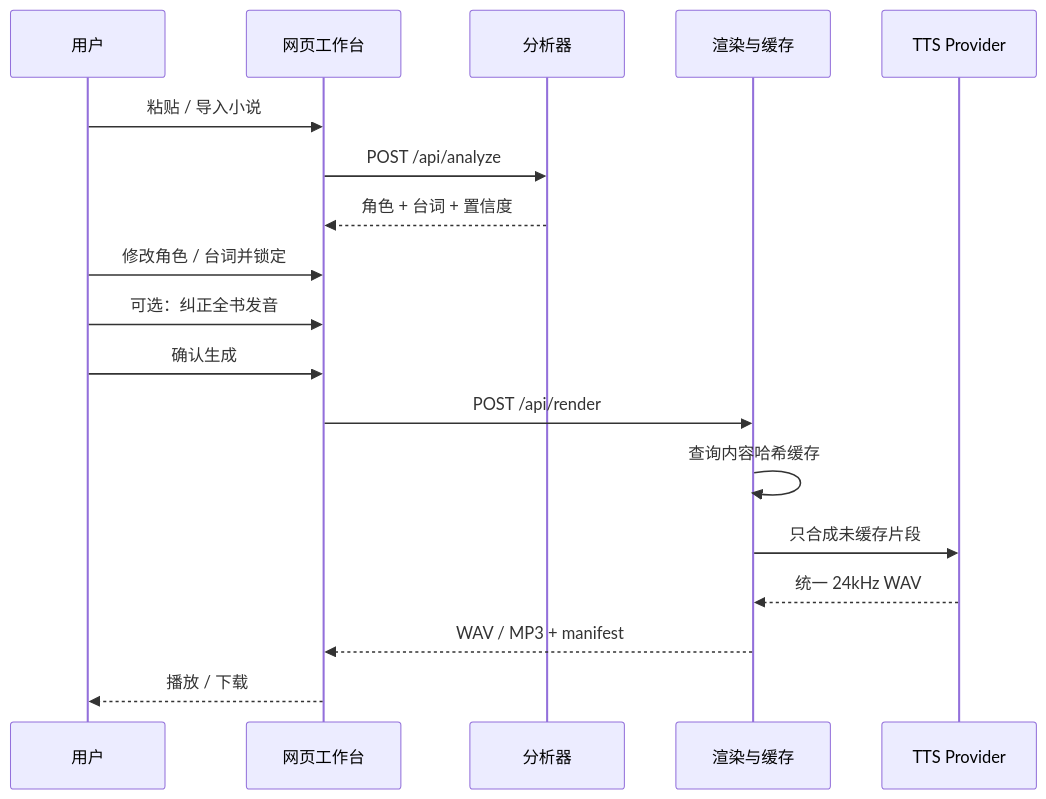
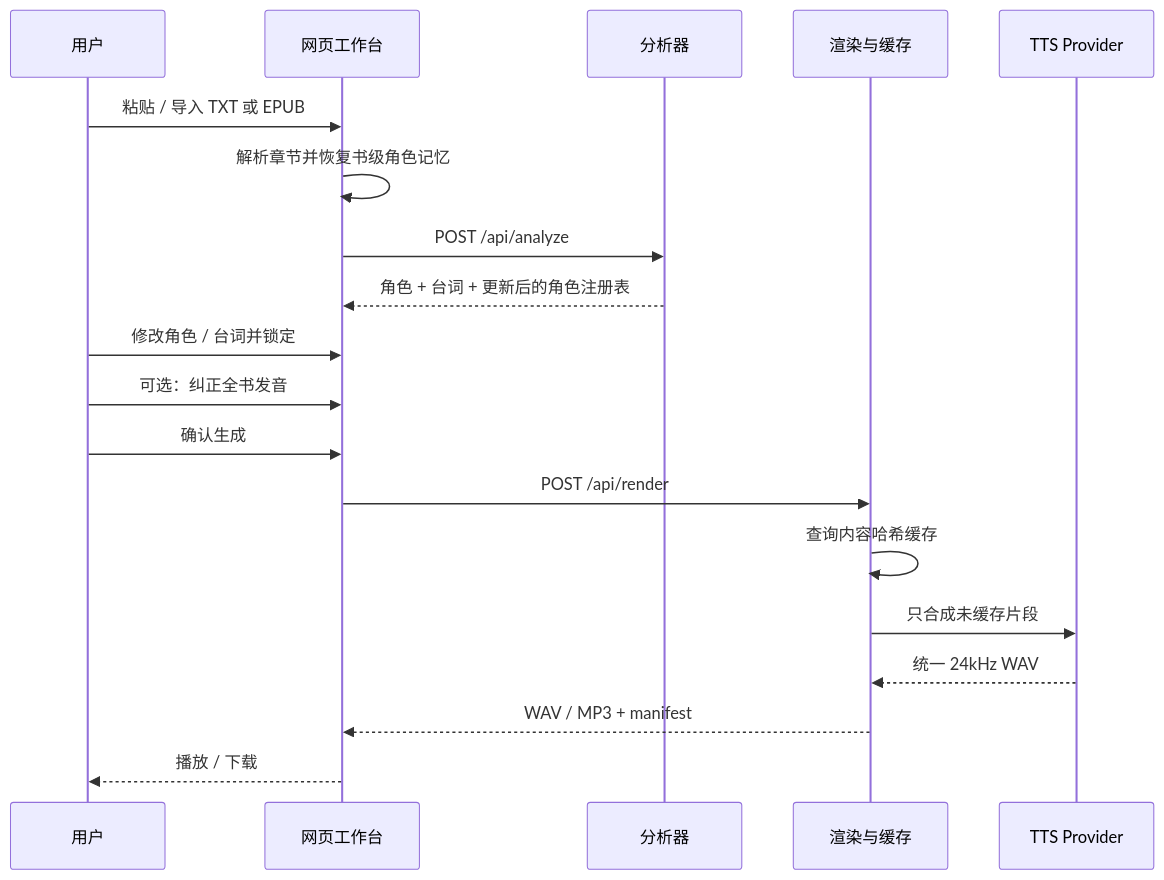
The diagram in docs/ARCHITECTURE.md (mungbean138516-jpg/multi-character-_text_to_speech), drawn with Mermaid before and after one commit. The commit also changed other lines of this file and 23 other files, not shown here.

````diff
--- a/docs/ARCHITECTURE.md
+++ b/docs/ARCHITECTURE.md
@@ -18,21 +21,22 @@
 ```mermaid
 sequenceDiagram
     participant U as 用户
     participant W as 网页工作台
     participant A as 分析器
     participant R as 渲染与缓存
     participant T as TTS Provider
 
-    U->>W: 粘贴 / 导入小说
+    U->>W: 粘贴 / 导入 TXT 或 EPUB
+    W->>W: 解析章节并恢复书级角色记忆
     W->>A: POST /api/analyze
-    A-->>W: 角色 + 台词 + 置信度
+    A-->>W: 角色 + 台词 + 更新后的角色注册表
     U->>W: 修改角色 / 台词并锁定
     U->>W: 可选：纠正全书发音
     U->>W: 确认生成
     W->>R: POST /api/render
     R->>R: 查询内容哈希缓存
     R->>T: 只合成未缓存片段
     T-->>R: 统一 24kHz WAV
     R-->>W: WAV / MP3 + manifest
     W-->>U: 播放 / 下载
 ```
````
